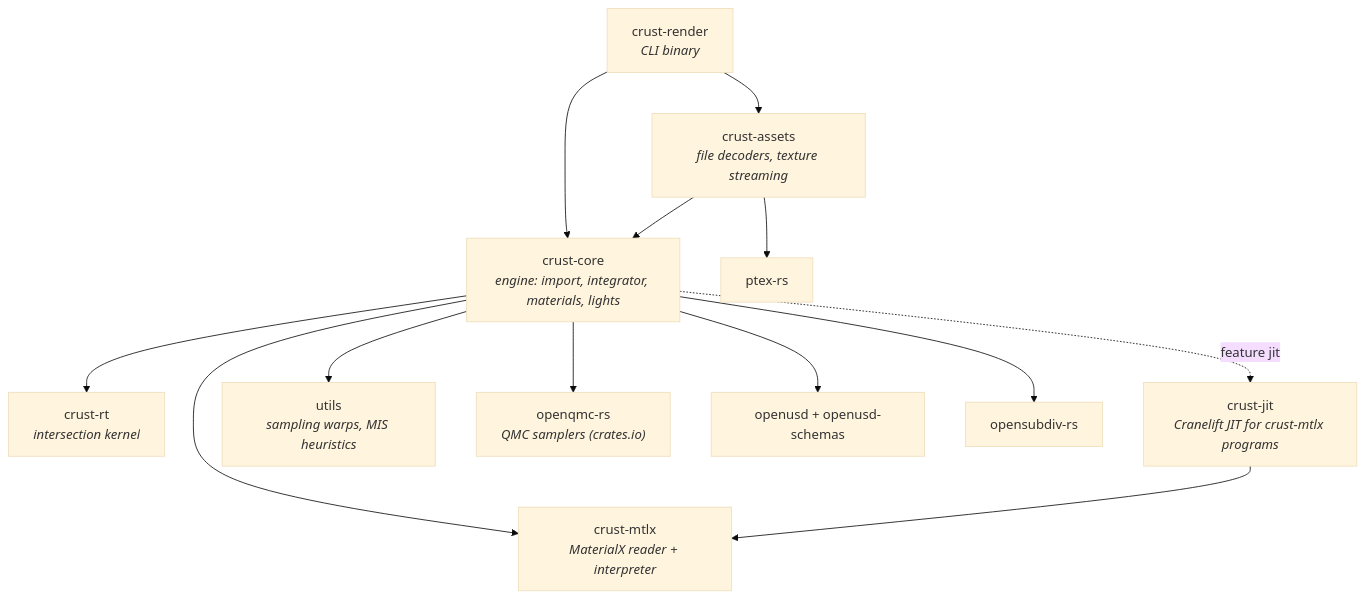
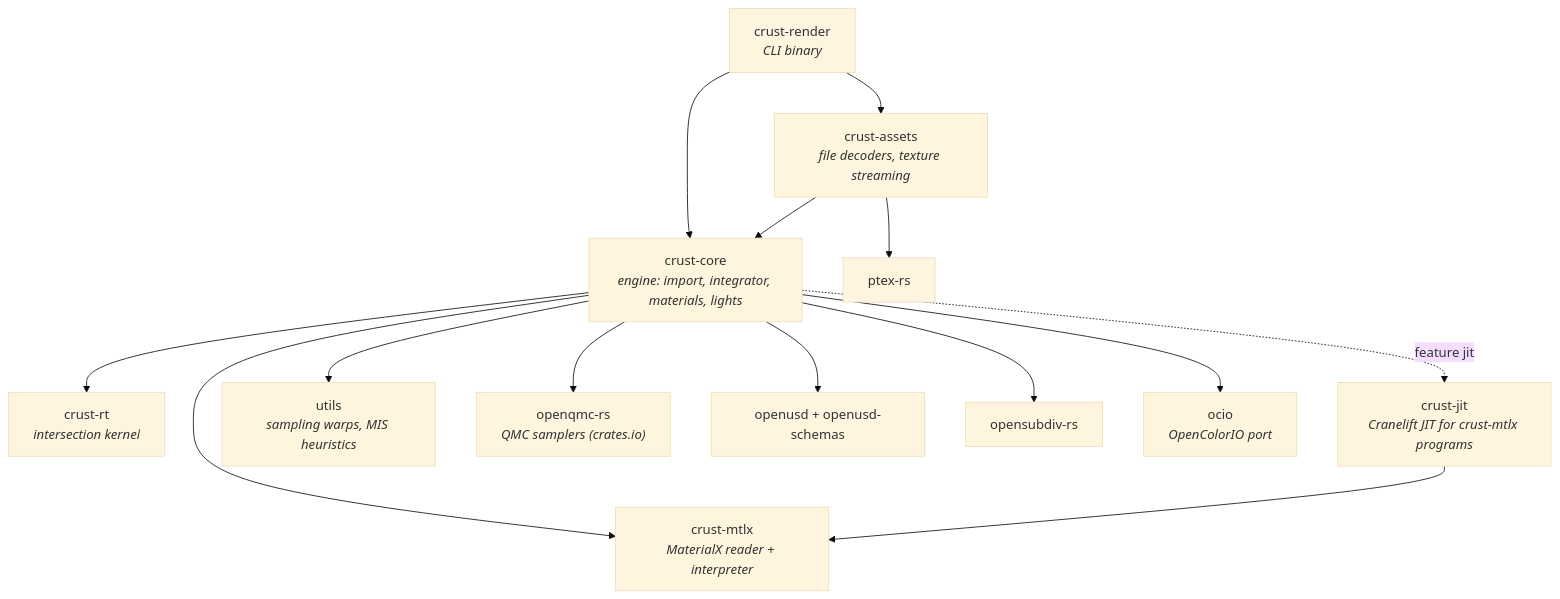
Before and after one commit to doubleailes/crust-render: the diagram in docs/architecture.md, drawn with Mermaid (base theme). The commit also changed other lines of this file and 27 other files, not shown here.

First line of the commit message:
Route all colour management through OpenColorIO (ocio-rs)

````diff
--- a/docs/architecture.md
+++ b/docs/architecture.md
@@ -13,27 +13,29 @@
 ```mermaid
 graph TD
     render["crust-render<br/><i>CLI binary</i>"]
     assets["crust-assets<br/><i>file decoders, texture streaming</i>"]
     core["crust-core<br/><i>engine: import, integrator, materials, lights</i>"]
     rt["crust-rt<br/><i>intersection kernel</i>"]
     mtlx["crust-mtlx<br/><i>MaterialX reader + interpreter</i>"]
     jit["crust-jit<br/><i>Cranelift JIT for crust-mtlx programs</i>"]
     utils["utils<br/><i>sampling warps, MIS heuristics</i>"]
     oqmc["openqmc-rs<br/><i>QMC samplers (crates.io)</i>"]
     usd["openusd + openusd-schemas"]
     ptex["ptex-rs"]
     osd["opensubdiv-rs"]
+    ocio["ocio<br/><i>OpenColorIO port</i>"]
 
     render --> core
     render --> assets
     assets --> core
     assets --> ptex
     core --> rt
     core --> mtlx
     core -. "feature jit" .-> jit
     jit --> mtlx
     core --> utils
     core --> oqmc
     core --> usd
     core --> osd
+    core --> ocio
 ```
````
